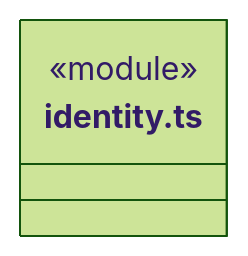
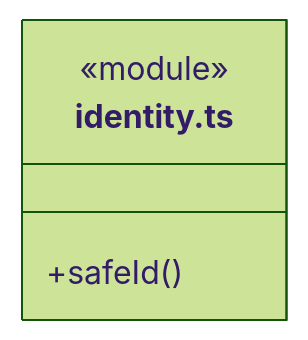
One commit to nan023062/cbim changed the fourth of 8 diagrams in src/backend/core/foundation/ARCHITECTURE.md. Above: the diagram before and after it, drawn with Mermaid (forest theme). The commit also changed other lines of this file and 240 other files, not shown here.

````diff
--- a/src/backend/core/foundation/ARCHITECTURE.md
+++ b/src/backend/core/foundation/ARCHITECTURE.md
@@ -54,6 +63,7 @@
 ```mermaid
 classDiagram
 class N_src_backend_core_foundation_identity_ts["identity.ts"] {
   <<module>>
+  +safeId()
 }
 ```
````
